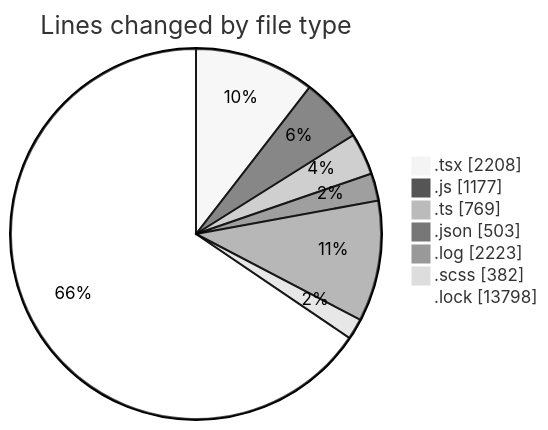
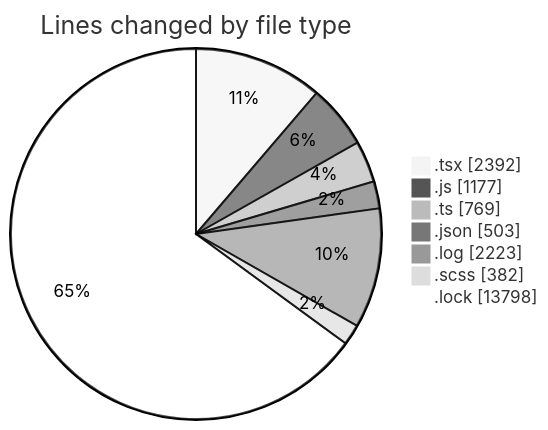
Before and after one commit to momahboobian/code-tracking: the first of 2 diagrams in 2026-04-17/cda/README.md, drawn with Mermaid (neutral theme). The commit also changed other lines of this file and 1 other file, not shown here.

````diff
--- a/2026-04-17/cda/README.md
+++ b/2026-04-17/cda/README.md
@@ -48,11 +49,11 @@
 ```mermaid
 pie showData
 title Lines changed by file type
-".tsx" : 2208
+".tsx" : 2392
 ".js" : 1177
 ".ts" : 769
 ".json" : 503
 ".log" : 2223
 ".scss" : 382
 ".lock" : 13798
 ```
````
